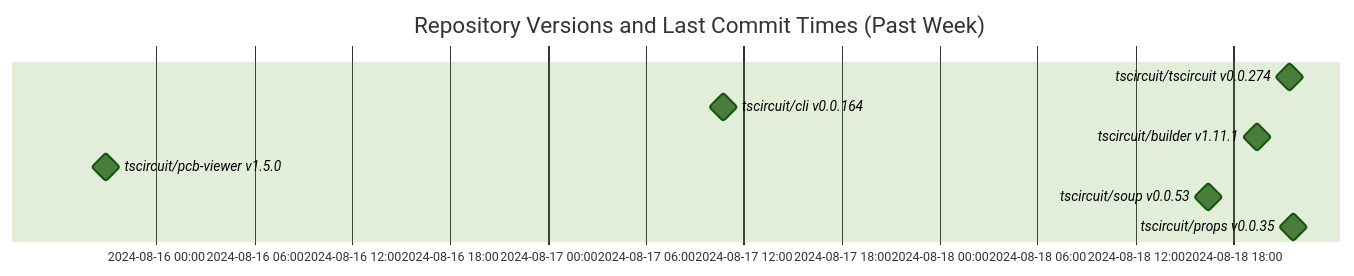
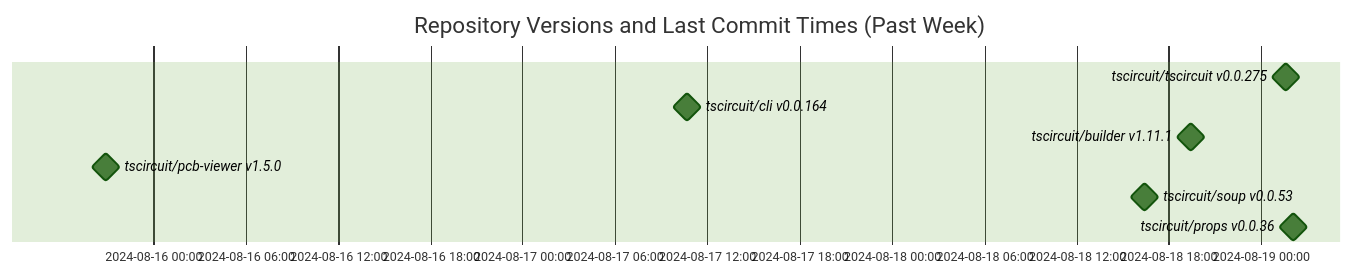
The diagram in README.md (tscircuit/version-tracker), drawn with Mermaid (forest theme) before and after one commit.

Commit message:
Update chart

````diff
--- a/README.md
+++ b/README.md
@@ -1,13 +1,13 @@
 ```mermaid
 gantt
   dateFormat  YYYY-MM-DD HH:mm:ss
   title Repository Versions and Last Commit Times (Past Week)
   axisFormat %Y-%m-%d %H:%M
 
-  tscircuit/tscircuit v0.0.274 : milestone, 2024-08-18 21:26:53, 1s
+  tscircuit/tscircuit v0.0.275 : milestone, 2024-08-19 01:35:56, 1s
   tscircuit/cli v0.0.164 : milestone, 2024-08-17 10:43:36, 1s
   tscircuit/builder v1.11.1 : milestone, 2024-08-18 19:26:24, 1s
   tscircuit/pcb-viewer v1.5.0 : milestone, 2024-08-15 20:55:08, 1s
   tscircuit/soup v0.0.53 : milestone, 2024-08-18 16:25:05, 1s
-  tscircuit/props v0.0.35 : milestone, 2024-08-18 21:39:42, 1s
+  tscircuit/props v0.0.36 : milestone, 2024-08-19 02:05:19, 1s
 ```
````
